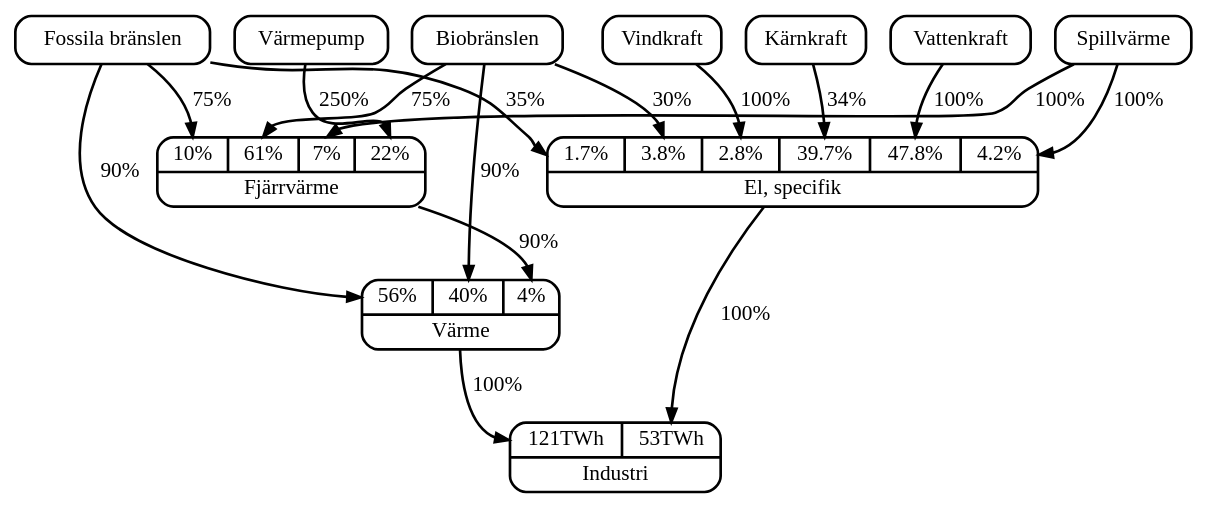
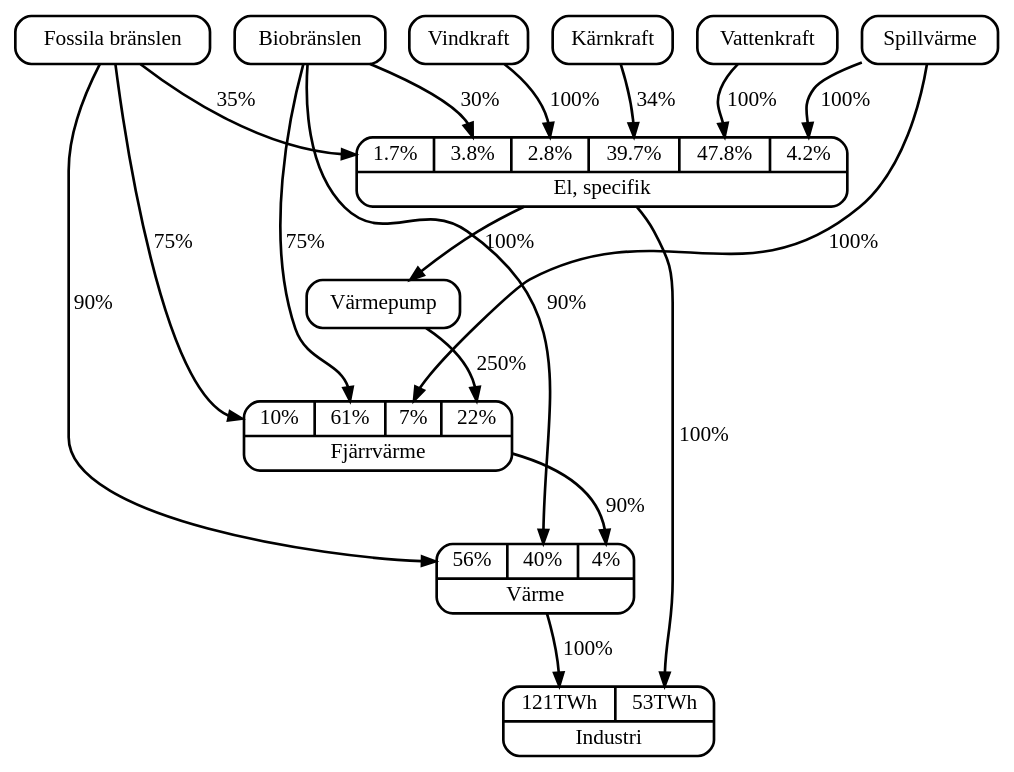
The diagram in report/industry.dot (Hagmar/ENM155-batman), drawn with Graphviz before and after one commit. The commit also changed 2 other files, not shown here.

```diff
--- a/report/industry.dot
+++ b/report/industry.dot
@@ -1,48 +1,49 @@
 digraph {
 	edge [fontname="Bitstream Vera Sans",
 		fontsize="16.00",
 		style="bold"]
 
 	node [fontname="Bitstream Vera Sans",
 		fontsize="16.00",
 		shape=Mrecord,
 		style="bold,filled",
 		fillcolor=white];
 	edge [style=bold];
 
 	subgraph industry {
 		fossil [label = "Fossila bränslen"];
 		bio [label = "Biobränslen"];
 		nuclear [label = "Kärnkraft"];
 		water [label = "Vattenkraft"];
 		wind [label = "Vindkraft"];
 		spill [label = "Spillvärme"];
 		pump [label = "Värmepump"];
 
 		district_heating [label = "{{<fossil> 10% | <bio> 61% | <spill> 7% | <pump> 22% } |Fjärrvärme}"];
 		el_spec [label = "{{<fossil> 1.7% | <bio> 3.8% | <wind> 2.8% | <nuclear> 39.7% | <water> 47.8% | <spill> 4.2% } | El, specifik}"];
 		heating [label = "{{<fossil> 56% | <bio> 40% | <district> 4%} |Värme}"];
 		industry [label = "{{<heating> 121TWh | <el_spec>53TWh} | Industri}"];
 
 
 		fossil -> district_heating:fossil [label = "75%"];
 		bio -> district_heating:bio [label = "75%"];
 		spill -> district_heating:spill [label = "100%"];
 		pump -> district_heating:pump [label = "250%"];
 
 		fossil -> heating:fossil [label = "90%"];
 		bio -> heating:bio [label = "90%"];
 		district_heating -> heating:district [label = "90%"];
 
 		heating -> industry:heating [label = "100%"];
 
 		fossil -> el_spec:fossil [label = "35%"];
 		bio -> el_spec:bio [label = "30%"];
 		wind -> el_spec:wind [label = "100%"];
 		nuclear -> el_spec:nuclear [label = "34%"];
 		water -> el_spec:water [label = "100%"];
 		spill -> el_spec:spill [label = "100%"];
 
+		el_spec -> pump [label = "100%"];
 		el_spec -> industry:el_spec [label = "100%"];
 	}
 }
```
